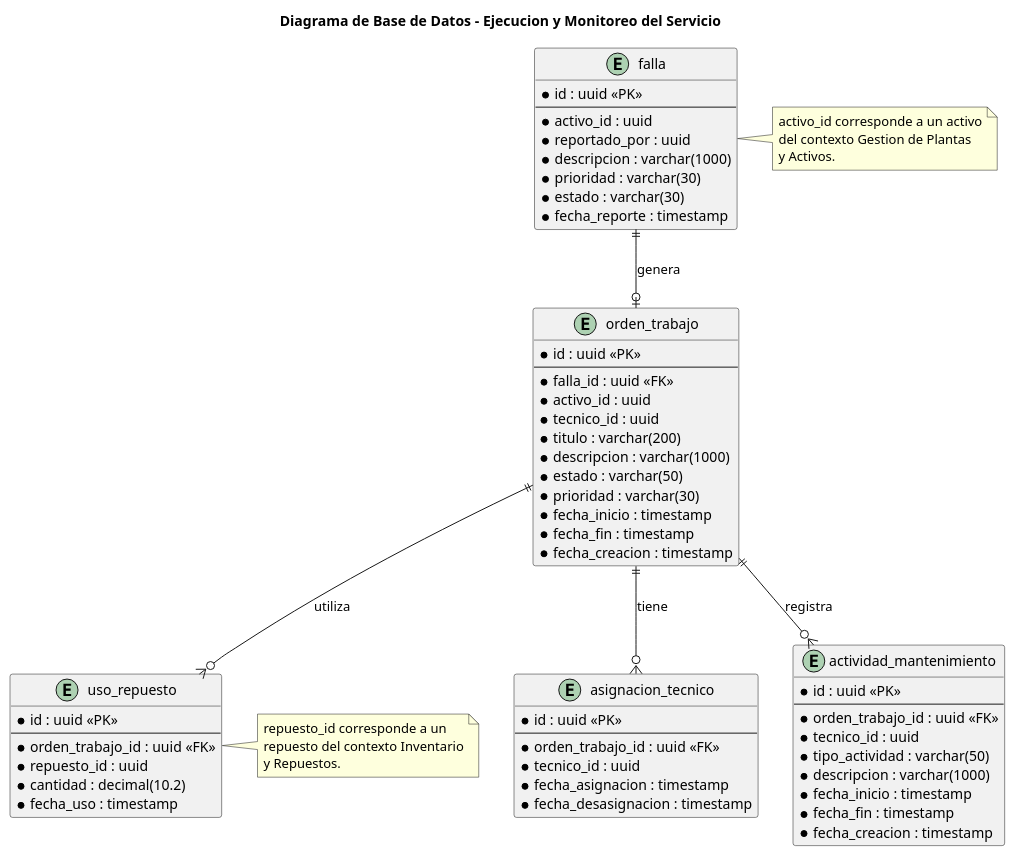
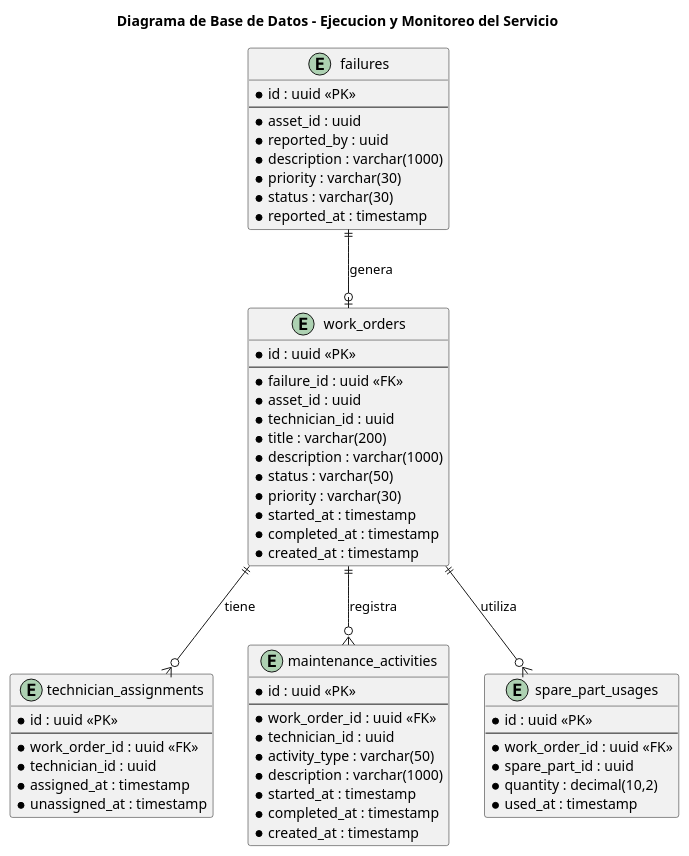
One commit to TechMakers-upc/Report changed the diagram in report/assets/diagrams/database-diagram/database-diagram-BC4.puml. Above: the diagram before and after it, drawn with PlantUML. The commit also changed 30 other files, not shown here.

Commit message:
fix(report): fix conventions in class, database, and c4 diagrams

```diff
--- a/report/assets/diagrams/database-diagram/database-diagram-BC4.puml
+++ b/report/assets/diagrams/database-diagram/database-diagram-BC4.puml
@@ -1,87 +1,72 @@
-@startuml BD_Ejecucion_Mantenimiento
-
+@startuml
 title Diagrama de Base de Datos - Ejecucion y Monitoreo del Servicio
 
 ' registro de fallas detectadas
-entity "falla" as falla {
+entity "failures" as failures {
     * id : uuid <<PK>>
     --
-    * activo_id : uuid
-    * reportado_por : uuid
-    * descripcion : varchar(1000)
-    * prioridad : varchar(30)
-    * estado : varchar(30)
-    * fecha_reporte : timestamp
+    * asset_id : uuid
+    * reported_by : uuid
+    * description : varchar(1000)
+    * priority : varchar(30)
+    * status : varchar(30)
+    * reported_at : timestamp
 }
 
 ' ordenes generadas para atender fallas o mantenimientos
-entity "orden_trabajo" as orden {
+entity "work_orders" as work_orders {
     * id : uuid <<PK>>
     --
-    * falla_id : uuid <<FK>>
-    * activo_id : uuid
-    * tecnico_id : uuid
-    * titulo : varchar(200)
-    * descripcion : varchar(1000)
-    * estado : varchar(50)
-    * prioridad : varchar(30)
-    * fecha_inicio : timestamp
-    * fecha_fin : timestamp
-    * fecha_creacion : timestamp
+    * failure_id : uuid <<FK>>
+    * asset_id : uuid
+    * technician_id : uuid
+    * title : varchar(200)
+    * description : varchar(1000)
+    * status : varchar(50)
+    * priority : varchar(30)
+    * started_at : timestamp
+    * completed_at : timestamp
+    * created_at : timestamp
 }
 
 ' asignacion de personal a las ordenes
-entity "asignacion_tecnico" as asignacion {
+entity "technician_assignments" as technician_assignments {
     * id : uuid <<PK>>
     --
-    * orden_trabajo_id : uuid <<FK>>
-    * tecnico_id : uuid
-    * fecha_asignacion : timestamp
-    * fecha_desasignacion : timestamp
+    * work_order_id : uuid <<FK>>
+    * technician_id : uuid
+    * assigned_at : timestamp
+    * unassigned_at : timestamp
 }
 
 ' detalle de tareas realizadas en campo
-entity "actividad_mantenimiento" as actividad {
+entity "maintenance_activities" as maintenance_activities {
     * id : uuid <<PK>>
     --
-    * orden_trabajo_id : uuid <<FK>>
-    * tecnico_id : uuid
-    * tipo_actividad : varchar(50)
-    * descripcion : varchar(1000)
-    * fecha_inicio : timestamp
-    * fecha_fin : timestamp
-    * fecha_creacion : timestamp
+    * work_order_id : uuid <<FK>>
+    * technician_id : uuid
+    * activity_type : varchar(50)
+    * description : varchar(1000)
+    * started_at : timestamp
+    * completed_at : timestamp
+    * created_at : timestamp
 }
 
 ' piezas consumidas durante el trabajo
-entity "uso_repuesto" as uso {
+entity "spare_part_usages" as spare_part_usages {
     * id : uuid <<PK>>
     --
-    * orden_trabajo_id : uuid <<FK>>
-    * repuesto_id : uuid
-    * cantidad : decimal(10.2)
-    * fecha_uso : timestamp
+    * work_order_id : uuid <<FK>>
+    * spare_part_id : uuid
+    * quantity : decimal(10,2)
+    * used_at : timestamp
 }
 
 ' una falla puede abrir una orden de trabajo
-falla ||--o| orden : genera
+failures ||--o| work_orders : genera
 
 ' detalles asociados a la orden
-orden ||--o{ asignacion : tiene
-orden ||--o{ actividad : registra
-orden ||--o{ uso : utiliza
-
-' notas de referencia hacia otros modulos
-note right of falla
-    activo_id corresponde a un activo
-    del contexto Gestion de Plantas
-    y Activos.
-end note
-
-note right of uso
-    repuesto_id corresponde a un
-    repuesto del contexto Inventario
-    y Repuestos.
-end note
-
+work_orders ||--o{ technician_assignments : tiene
+work_orders ||--o{ maintenance_activities : registra
+work_orders ||--o{ spare_part_usages : utiliza
 @enduml
```
